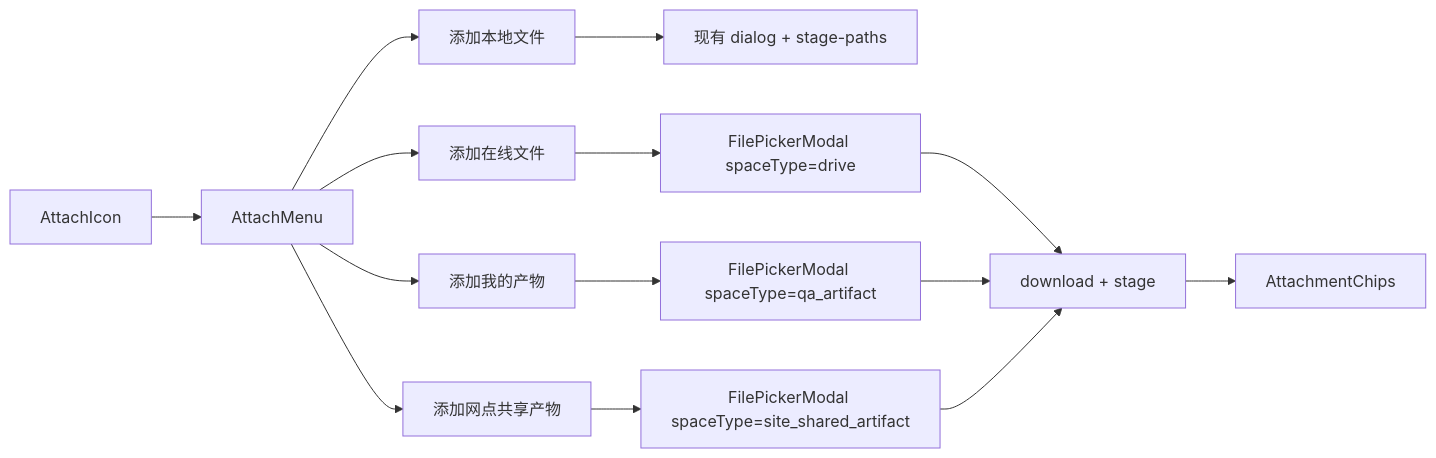
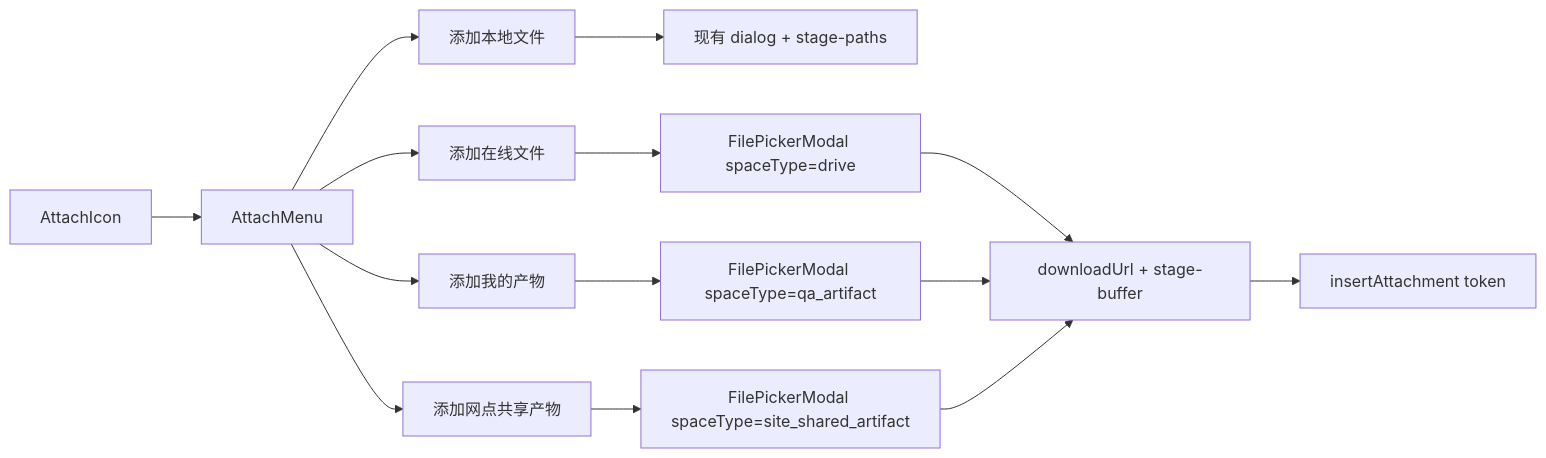
One commit to snecjk/sclaw changed the diagram in docs/Composer附件-上传菜单与数据中心选文件.md. Above: the diagram before and after it, drawn with Mermaid. The commit also changed other lines of this file and 38 other files, not shown here.

````diff
--- a/docs/Composer附件-上传菜单与数据中心选文件.md
+++ b/docs/Composer附件-上传菜单与数据中心选文件.md
@@ -46,16 +48,16 @@
 ```mermaid
 flowchart LR
   attachBtn[AttachIcon] --> menu[AttachMenu]
   menu --> local[添加本地文件]
   menu --> online[添加在线文件]
   menu --> myArt[添加我的产物]
   menu --> shared[添加网点共享产物]
   local --> pickFiles[现有 dialog + stage-paths]
   online --> pickerDrive["FilePickerModal spaceType=drive"]
   myArt --> pickerQa["FilePickerModal spaceType=qa_artifact"]
   shared --> pickerShared["FilePickerModal spaceType=site_shared_artifact"]
-  pickerDrive --> stage[download + stage]
+  pickerDrive --> stage[downloadUrl + stage-buffer]
   pickerQa --> stage
   pickerShared --> stage
-  stage --> chips[AttachmentChips]
+  stage --> inline[insertAttachment token]
 ```
````
